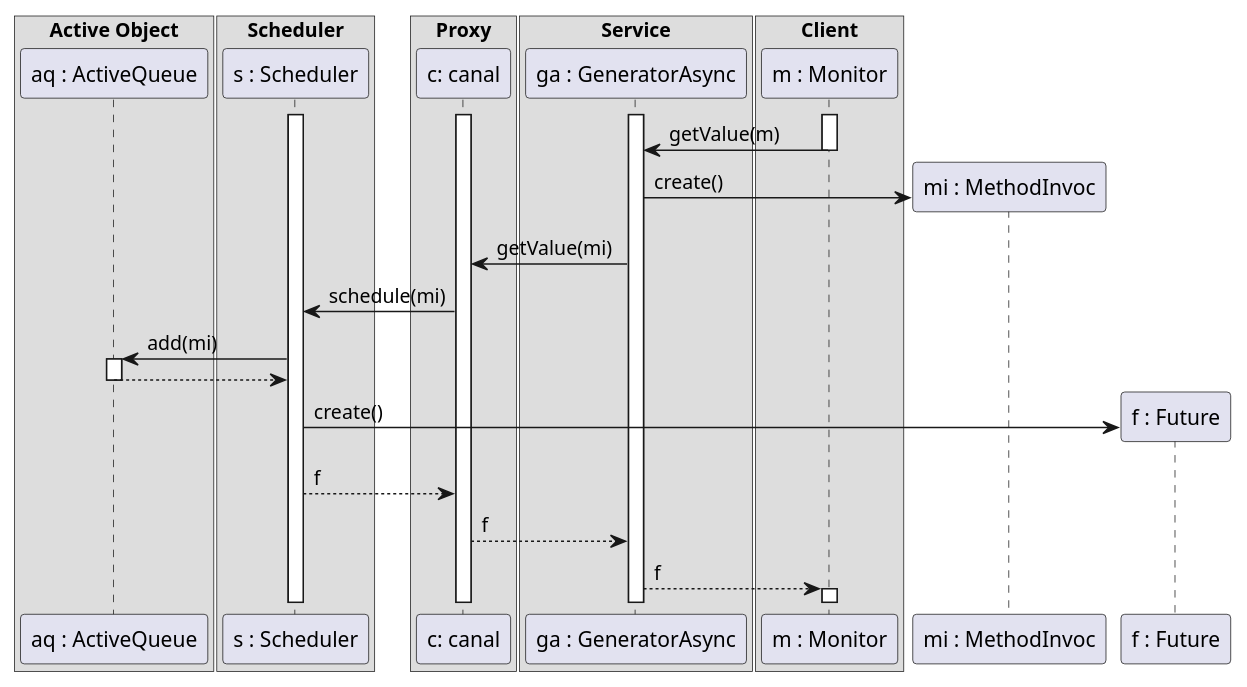
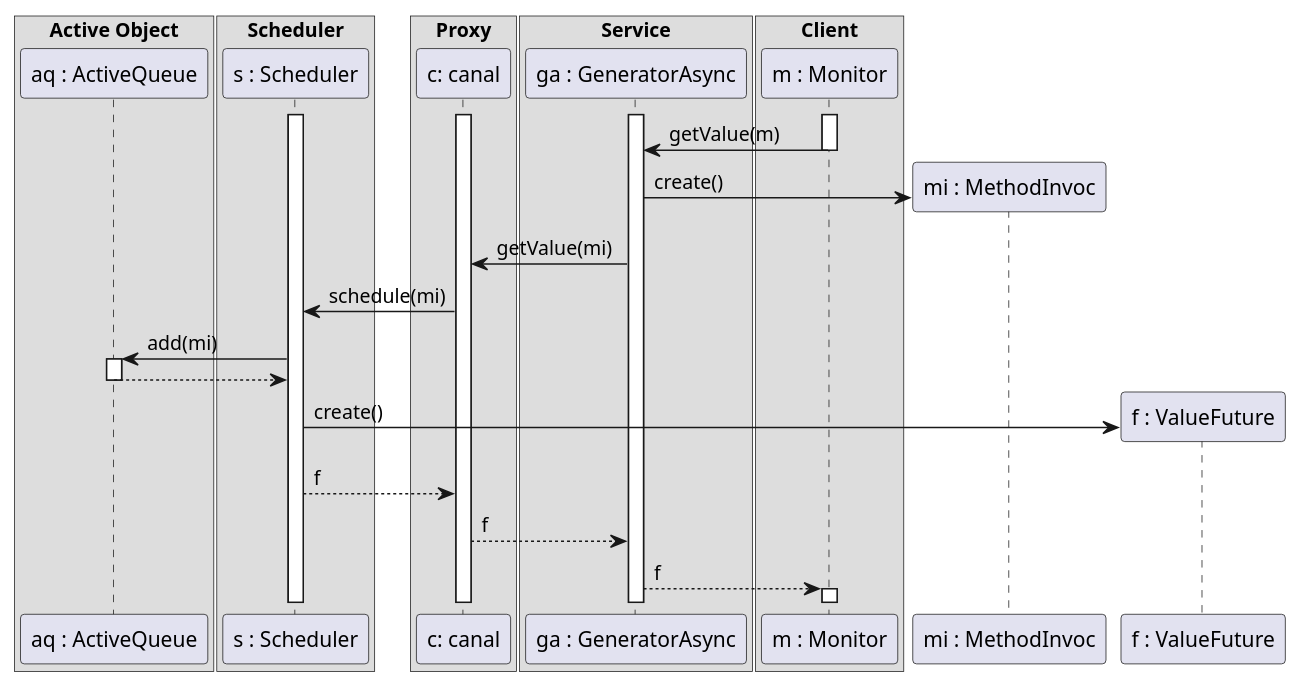
One commit to malahx/ISTIC changed the diagram in AOC/TP1/getValueAsync1.puml. Above: the diagram before and after it, drawn with PlantUML. The commit also changed 4 other files, not shown here.

```diff
--- a/AOC/TP1/getValueAsync1.puml
+++ b/AOC/TP1/getValueAsync1.puml
@@ -1,38 +1,38 @@
 @startuml
 box "Active Object"
     participant "aq : ActiveQueue" as aq
 end box
 box "Scheduler"
 participant "s : Scheduler" as s
 end box
 box "Proxy"
     participant "c: canal" as c
 end box
 box "Service"
     participant "ga : GeneratorAsync" as ga
 end box
 box "Client"
     participant "m : Monitor" as m
 end box
 
 activate m
 activate c
 activate s
 activate ga
 m -> ga: getValue(m)
 deactivate m
 create "mi : MethodInvoc" as mi
 ga -> mi: create()
 ga -> c: getValue(mi)
 c -> s: schedule(mi)
 s -> aq: add(mi)
 activate aq
 aq --> s
 deactivate aq
-create "f : Future" as f
+create "f : ValueFuture" as f
 s -> f: create()
 s --> c: f
 c --> ga: f
 ga --> m: f
 activate m
 @enduml
```
